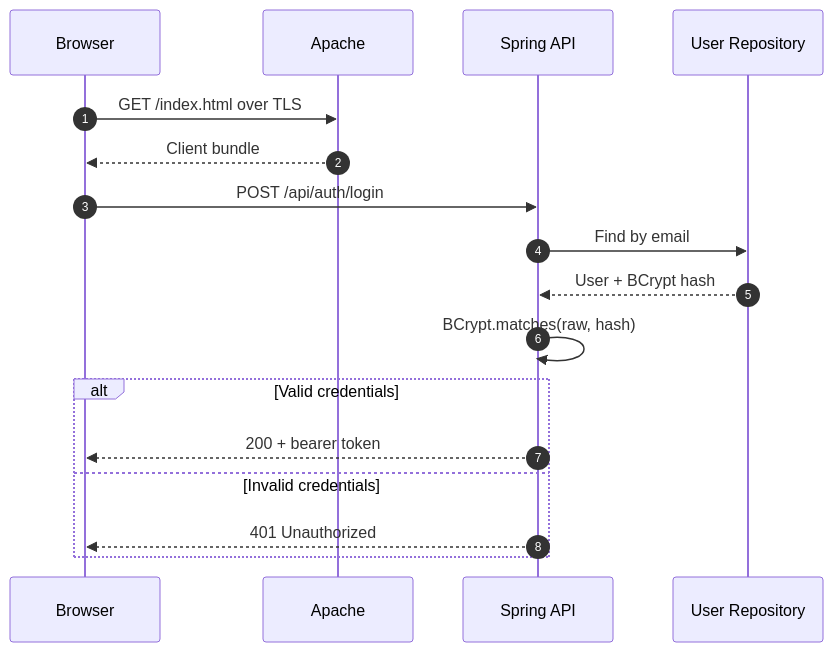
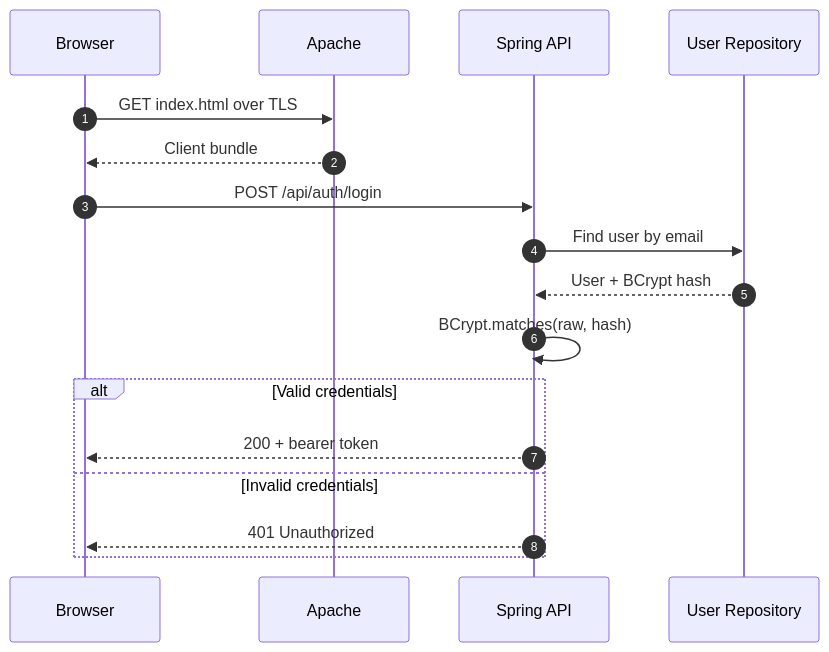
One commit to AnderssonProgramming/secure-application-design changed the third of 3 diagrams in README.md. Above: the diagram before and after it, drawn with Mermaid. The commit also changed other lines of this file and 2 other files, not shown here.

````diff
--- a/README.md
+++ b/README.md
@@ -77,20 +87,20 @@
 ```mermaid
 sequenceDiagram
     autonumber
     participant B as Browser
     participant A as Apache
     participant S as Spring API
     participant R as User Repository
 
-    B->>A: GET /index.html over TLS
+    B->>A: GET index.html over TLS
     A-->>B: Client bundle
     B->>S: POST /api/auth/login
-    S->>R: Find by email
+    S->>R: Find user by email
     R-->>S: User + BCrypt hash
     S->>S: BCrypt.matches(raw, hash)
     alt Valid credentials
         S-->>B: 200 + bearer token
     else Invalid credentials
         S-->>B: 401 Unauthorized
     end
 ```
````
